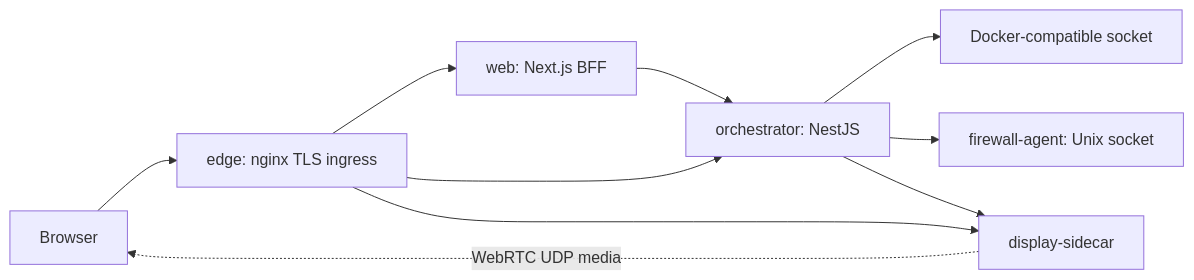
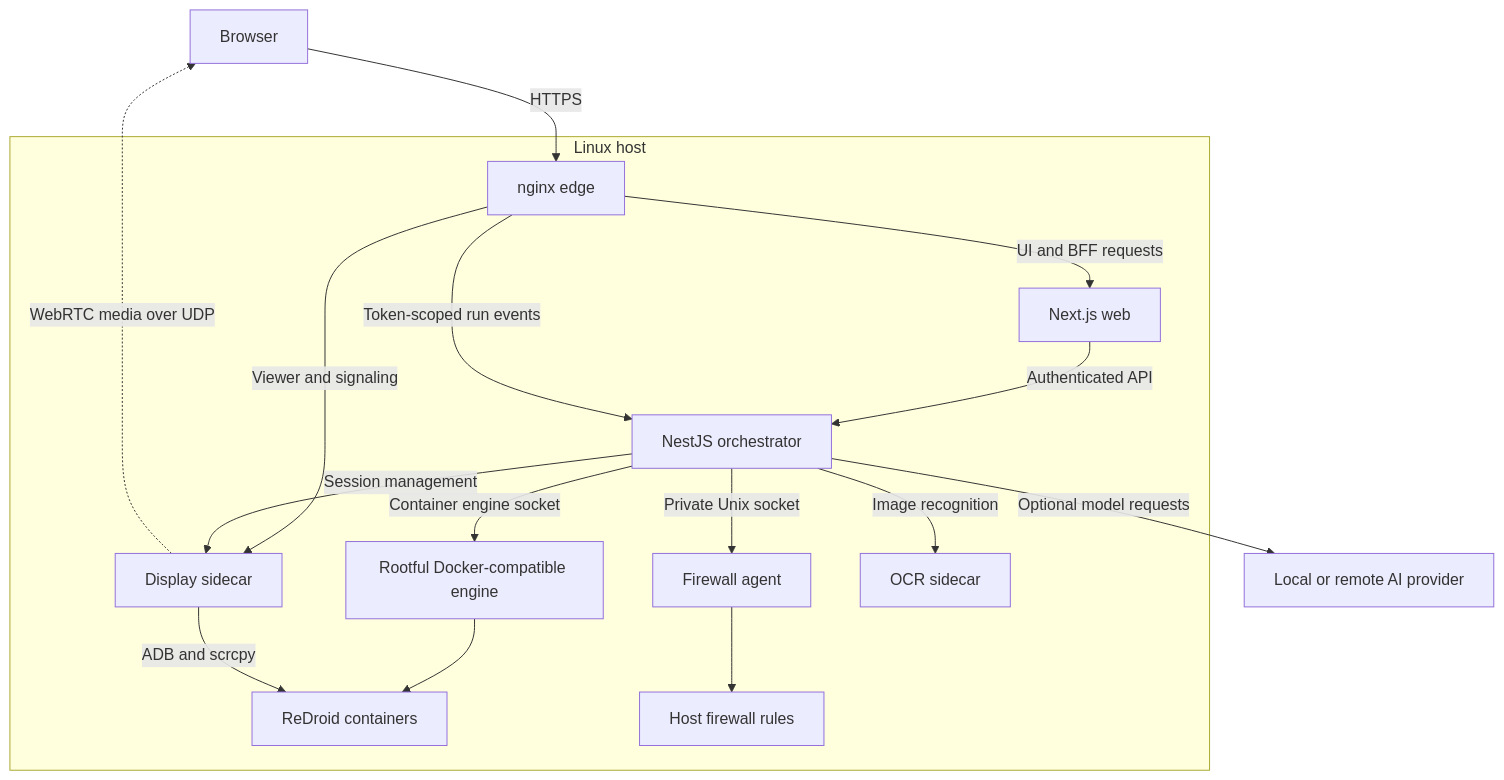
Before and after one commit to maeek/rebroid: the diagram in docs/architecture.md, drawn with Mermaid. The commit also changed other lines of this file and 22 other files, not shown here.

````diff
--- a/docs/architecture.md
+++ b/docs/architecture.md
@@ -11,12 +9,19 @@
 ```mermaid
-flowchart LR
-  Browser --> Edge["edge: nginx TLS ingress"]
-  Edge --> Web["web: Next.js BFF"]
-  Edge --> Orchestrator["orchestrator: NestJS API"]
-  Edge --> Sidecar["display-sidecar: viewer and signaling"]
-  Web --> Orchestrator["orchestrator: NestJS"]
-  Orchestrator --> Docker["Docker-compatible socket"]
-  Orchestrator --> Firewall["firewall-agent: Unix socket"]
-  Orchestrator --> Sidecar["display-sidecar"]
-  Sidecar -. "WebRTC UDP media" .-> Browser
+flowchart TB
+  Browser["Browser"] -->|HTTPS| Edge["nginx edge"]
+  subgraph Host["Linux host"]
+    Edge -->|UI and BFF requests| Web["Next.js web"]
+    Web -->|Authenticated API| Orchestrator["NestJS orchestrator"]
+    Edge -->|Viewer and signaling| Display["Display sidecar"]
+    Edge -->|Token-scoped run events| Orchestrator
+    Orchestrator -->|Container engine socket| Engine["Rootful Docker-compatible engine"]
+    Engine --> Android["ReDroid containers"]
+    Orchestrator -->|Session management| Display
+    Display -->|ADB and scrcpy| Android
+    Orchestrator -->|Private Unix socket| Firewall["Firewall agent"]
+    Firewall --> Rules["Host firewall rules"]
+    Orchestrator -->|Image recognition| OCR["OCR sidecar"]
+  end
+  Display -.->|WebRTC media over UDP| Browser
+  Orchestrator -->|Optional model requests| AI["Local or remote AI provider"]
 ```
````
